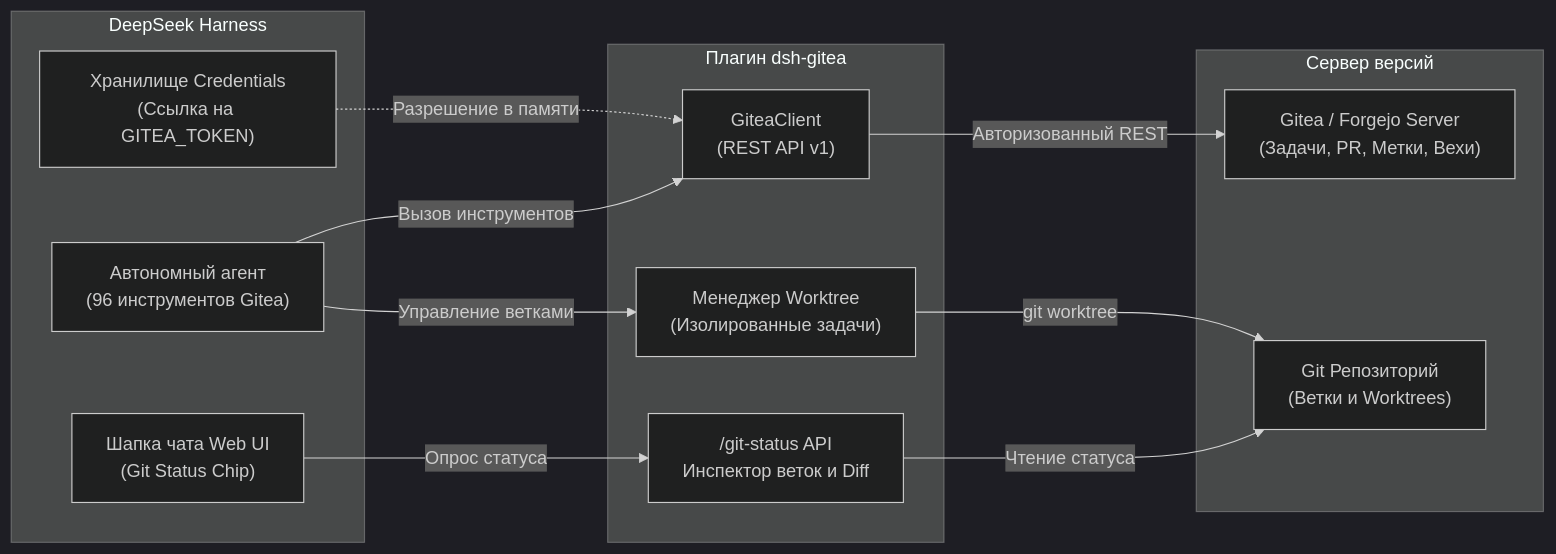
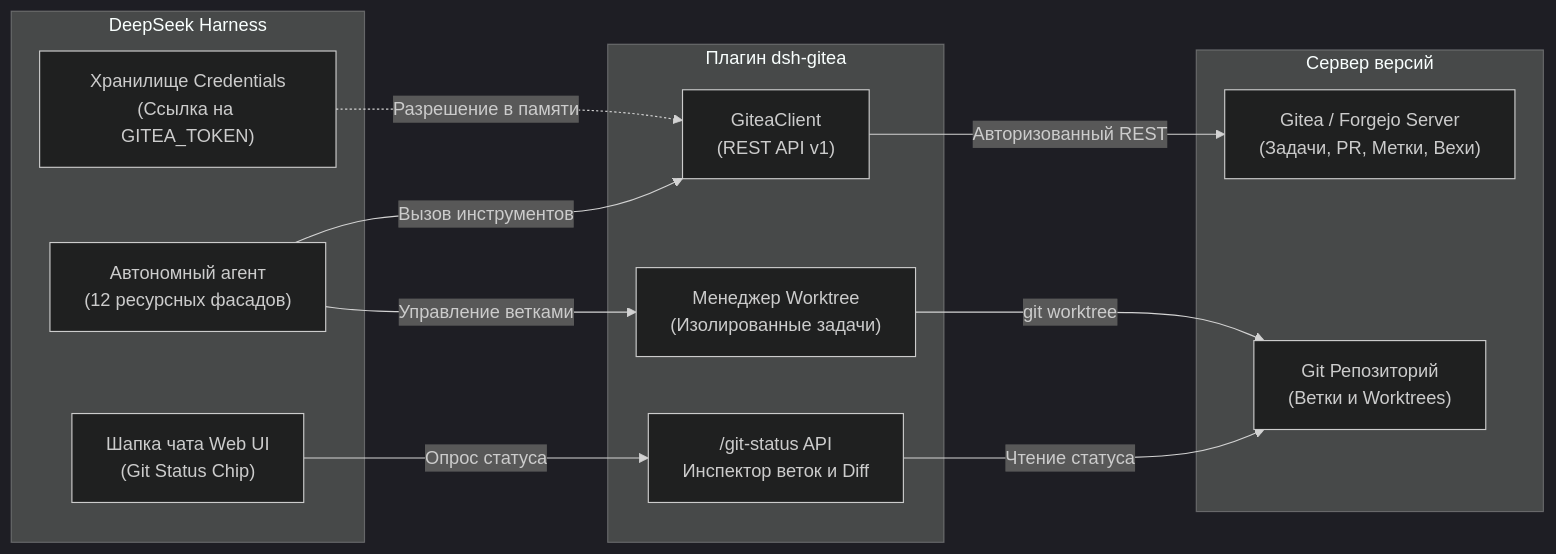
The diagram in README.ru.md (GooDAnDReaDY/dsh-gitea), drawn with Mermaid (dark theme) before and after one commit. The commit also changed other lines of this file and 11 other files, not shown here.

````diff
--- a/README.ru.md
+++ b/README.ru.md
@@ -48,27 +48,27 @@
 ```mermaid
 graph LR
     subgraph DSH ["DeepSeek Harness"]
         UI["Шапка чата Web UI<br/>(Git Status Chip)"]
-        Agent["Автономный агент<br/>(96 инструментов Gitea)"]
+        Agent["Автономный агент<br/>(12 ресурсных фасадов)"]
         Creds["Хранилище Credentials<br/>(Ссылка на GITEA_TOKEN)"]
     end
 
     subgraph Plugin ["Плагин dsh-gitea"]
         ChipPoller["/git-status API<br/>Инспектор веток и Diff"]
         Client["GiteaClient<br/>(REST API v1)"]
         WorktreeMgr["Менеджер Worktree<br/>(Изолированные задачи)"]
     end
 
     subgraph Server ["Сервер версий"]
         Gitea["Gitea / Forgejo Server<br/>(Задачи, PR, Метки, Вехи)"]
         GitRepo["Git Репозиторий<br/>(Ветки и Worktrees)"]
     end
 
     UI -->|Опрос статуса| ChipPoller
     ChipPoller -->|Чтение статуса| GitRepo
     Agent -->|Вызов инструментов| Client
     Agent -->|Управление ветками| WorktreeMgr
     WorktreeMgr -->|git worktree| GitRepo
     Client -->|Авторизованный REST| Gitea
     Creds -.->|Разрешение в памяти| Client
 ```
````
